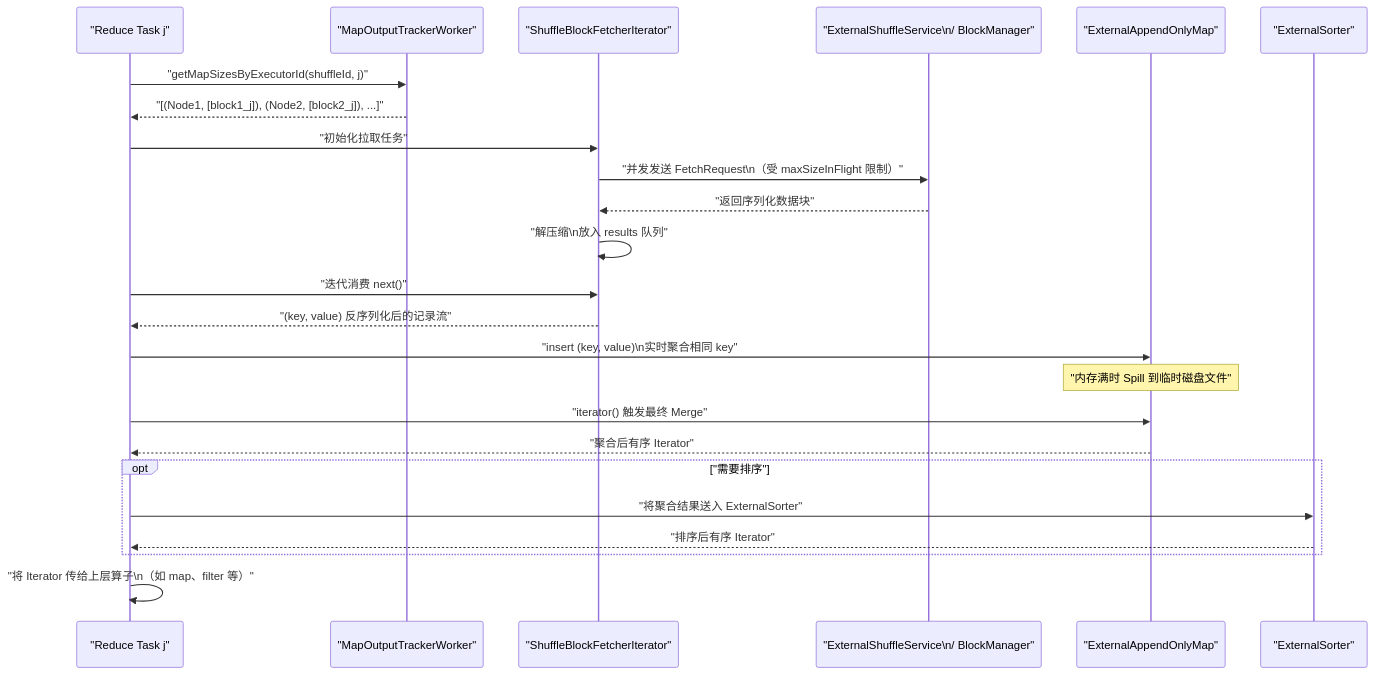
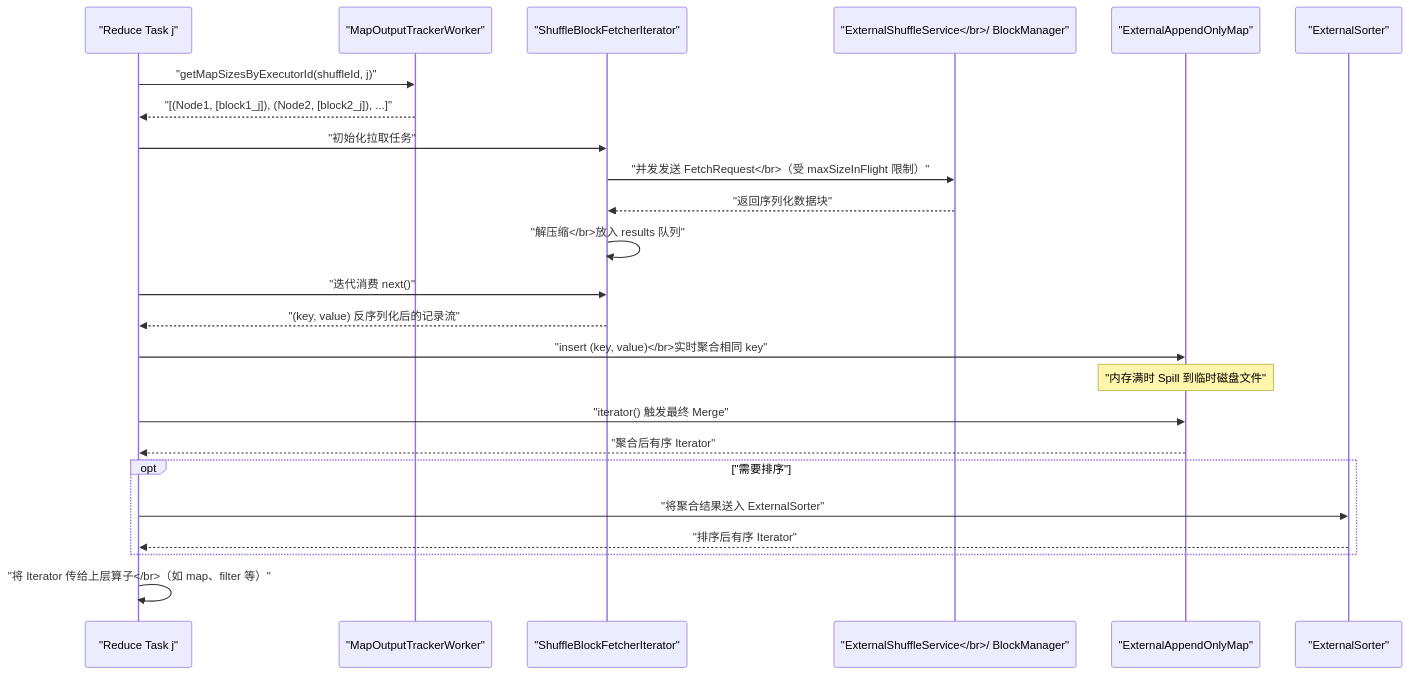
One commit to hpliStartAgain/my-brain changed the fifth of 5 diagrams in content/大数据/Spark/Spark-Shuffle与内存管理机制深度解析/05 Shuffle Read 深度解剖：拉取、聚合与排序.md. Above: the diagram before and after it, drawn with Mermaid. The commit also changed other lines of this file and 202 other files, not shown here.

````diff
--- a/content/大数据/Spark/Spark-Shuffle与内存管理机制深度解析/05 Shuffle Read 深度解剖：拉取、聚合与排序.md
+++ b/content/大数据/Spark/Spark-Shuffle与内存管理机制深度解析/05 Shuffle Read 深度解剖：拉取、聚合与排序.md
@@ -393,28 +393,28 @@
 ```mermaid
 %%{init: {"theme": "dracula", "themeVariables": {"primaryColor": "#6272a4", "primaryTextColor": "#f8f8f2", "primaryBorderColor": "#bd93f9", "lineColor": "#ff79c6", "secondaryColor": "#44475a", "tertiaryColor": "#282a36"}}}%%
 sequenceDiagram
     participant RT as "Reduce Task j"
     participant MOT as "MapOutputTrackerWorker"
     participant SBFI as "ShuffleBlockFetcherIterator"
-    participant ESS as "ExternalShuffleService\n/ BlockManager"
+    participant ESS as "ExternalShuffleService</br>/ BlockManager"
     participant EAOM as "ExternalAppendOnlyMap"
     participant ES as "ExternalSorter"
 
     RT->>MOT: "getMapSizesByExecutorId(shuffleId, j)"
     MOT-->>RT: "[(Node1, [block1_j]), (Node2, [block2_j]), ...]"
     RT->>SBFI: "初始化拉取任务"
-    SBFI->>ESS: "并发发送 FetchRequest\n（受 maxSizeInFlight 限制）"
+    SBFI->>ESS: "并发发送 FetchRequest</br>（受 maxSizeInFlight 限制）"
     ESS-->>SBFI: "返回序列化数据块"
-    SBFI->>SBFI: "解压缩\n放入 results 队列"
+    SBFI->>SBFI: "解压缩</br>放入 results 队列"
     RT->>SBFI: "迭代消费 next()"
     SBFI-->>RT: "(key, value) 反序列化后的记录流"
-    RT->>EAOM: "insert (key, value)\n实时聚合相同 key"
+    RT->>EAOM: "insert (key, value)</br>实时聚合相同 key"
     Note over EAOM: "内存满时 Spill 到临时磁盘文件"
     RT->>EAOM: "iterator() 触发最终 Merge"
     EAOM-->>RT: "聚合后有序 Iterator"
     opt "需要排序"
         RT->>ES: "将聚合结果送入 ExternalSorter"
         ES-->>RT: "排序后有序 Iterator"
     end
-    RT->>RT: "将 Iterator 传给上层算子\n（如 map、filter 等）"
+    RT->>RT: "将 Iterator 传给上层算子</br>（如 map、filter 等）"
 ```
````
